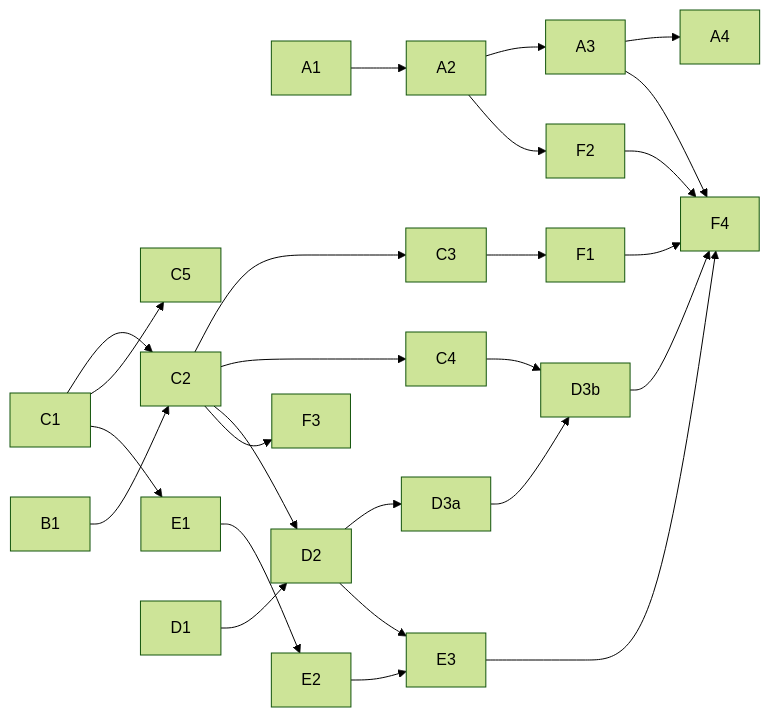
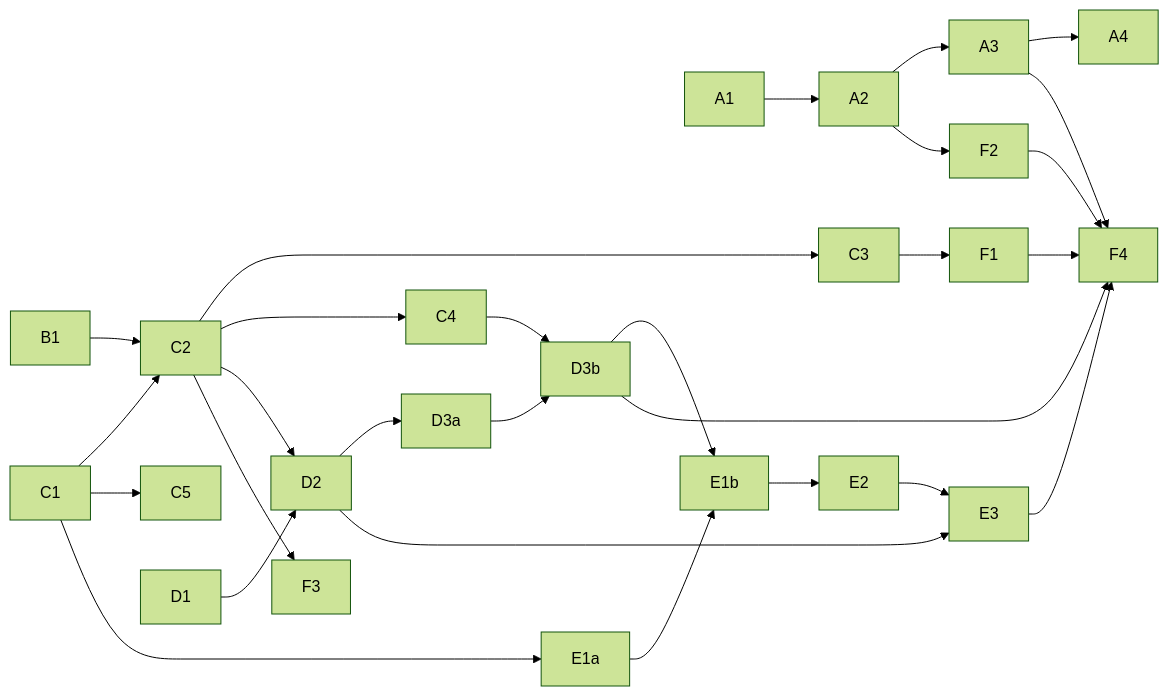
One commit to vinh466/tohe-play changed the diagram in plans/public-launch/delivery.md. Above: the diagram before and after it, drawn with Mermaid (forest theme). The commit also changed other lines of this file and 2 other files, not shown here.

````diff
--- a/plans/public-launch/delivery.md
+++ b/plans/public-launch/delivery.md
@@ -33,19 +34,20 @@
 ```mermaid
 flowchart LR
   A1 --> A2 --> A3 --> A4
   A2 --> F2
   B1 --> C2
   C1 --> C2 --> C3 --> F1
   C2 --> C4 --> D3b
   C1 --> C5
-  C1 --> E1 --> E2 --> E3
+  C1 --> E1a --> E1b --> E2 --> E3
+  D3b --> E1b
   D1 --> D2 --> D3a --> D3b
   C2 --> D2
   D2 --> E3
   C2 --> F3
   A3 --> F4
   D3b --> F4
   E3 --> F4
   F1 --> F4
   F2 --> F4
 ```
````
